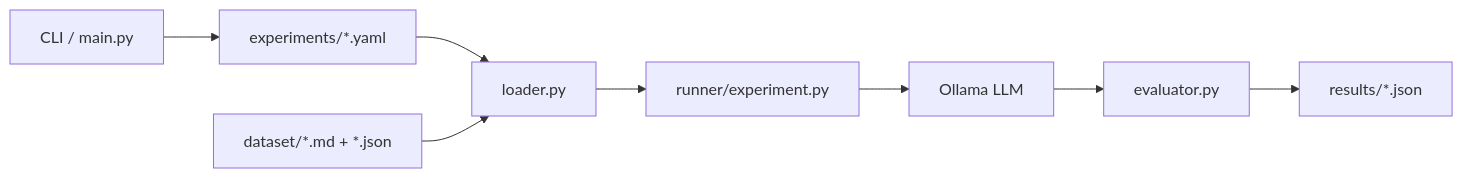
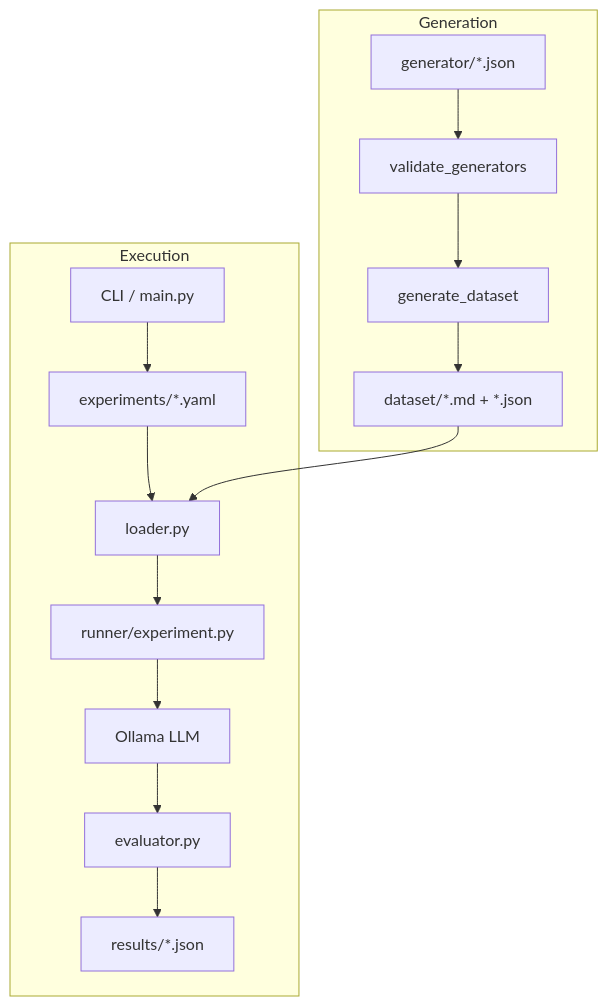
One commit to theamankumarsingh/odd-number-forensics changed the diagram in README.md. Above: the diagram before and after it, drawn with Mermaid. The commit also changed other lines of this file, not shown here.

````diff
--- a/README.md
+++ b/README.md
@@ -13,10 +13,18 @@
 ```mermaid
-flowchart LR
-    A[CLI / main.py] --> B[experiments/*.yaml]
-    B --> C[loader.py]
-    H[dataset/*.md + *.json] --> C
-    C --> D[runner/experiment.py]
-    D --> E[Ollama LLM]
-    E --> F[evaluator.py]
-    F --> G[results/*.json]
+flowchart TD
+    subgraph Generation
+        G1[generator/*.json] --> G2[validate_generators]
+        G2 --> G3[generate_dataset]
+        G3 --> G4[dataset/*.md + *.json]
+    end
+
+    subgraph Execution
+        E1[CLI / main.py] --> E2[experiments/*.yaml]
+        E2 --> E3[loader.py]
+        G4 --> E3
+        E3 --> E4[runner/experiment.py]
+        E4 --> E5[Ollama LLM]
+        E5 --> E6[evaluator.py]
+        E6 --> E7[results/*.json]
+    end
 ```
````
